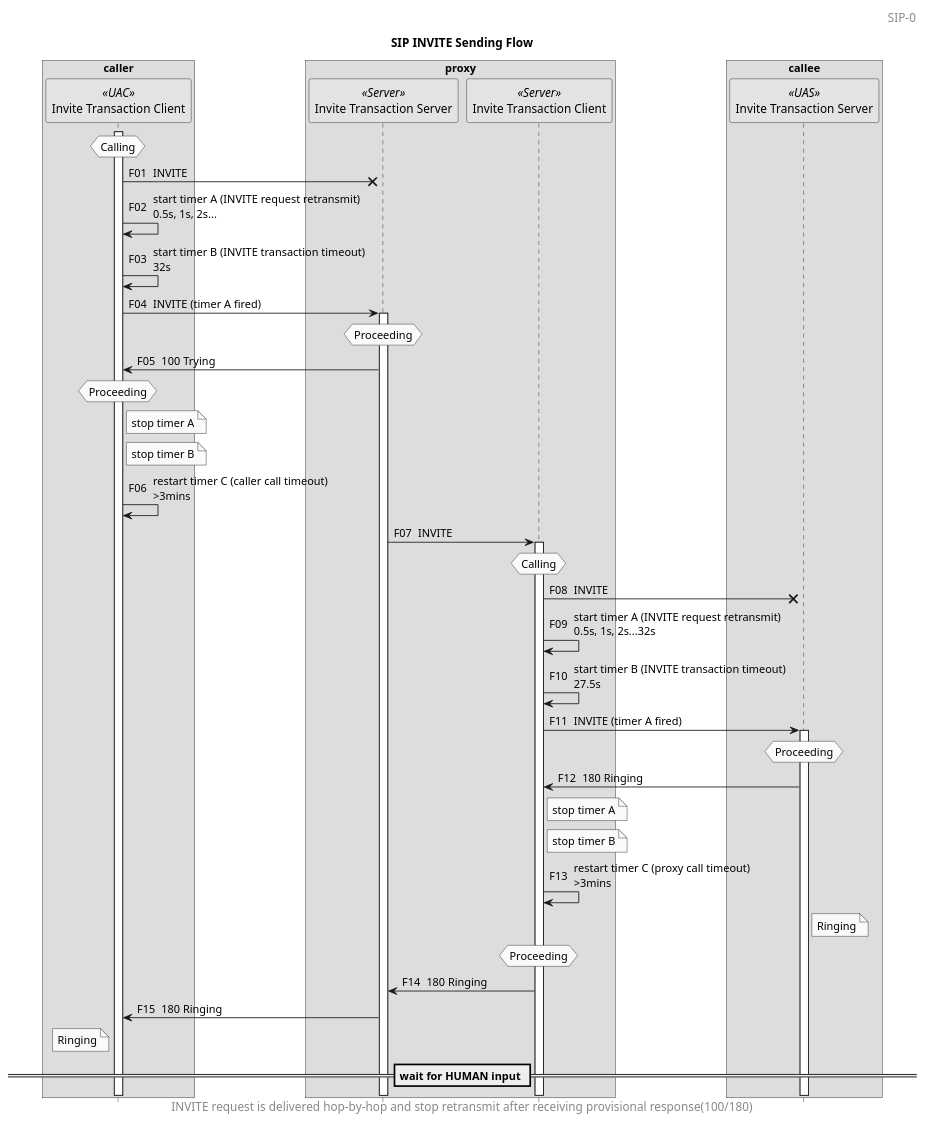
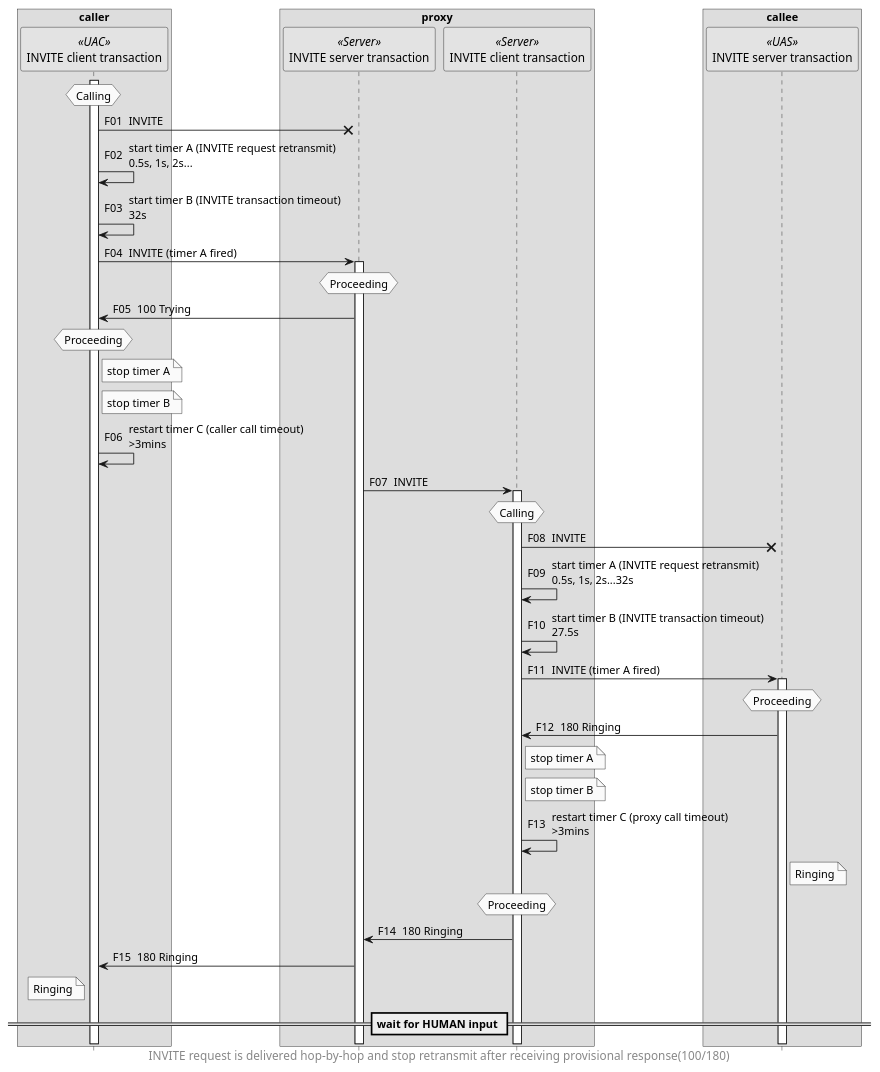
The diagram in sip/SIP-01-INVITE-Sending/sip_end_to_end_invite_sending_with_timer.puml (gongpengjun/code_diagrams), drawn with PlantUML before and after one commit. The commit also changed 7 other files, not shown here.

```diff
--- a/sip/SIP-01-INVITE-Sending/sip_end_to_end_invite_sending_with_timer.puml
+++ b/sip/SIP-01-INVITE-Sending/sip_end_to_end_invite_sending_with_timer.puml
@@ -1,67 +1,66 @@
 @startuml
-title SIP INVITE Sending Flow
+'title SIP INVITE Sending Flow
 
 skinparam monochrome true
 autonumber "F00 "
 hide footbox
-skinparam BoxPadding 40
+skinparam BoxPadding 10
 
 skinparam headerFontSize 14
 'skinparam headerFontColor red
-header SIP-0
+'header SIP-0
 
 box "caller"
-participant "Invite Transaction Client" as UAC_ITC << UAC >>
+participant "INVITE client transaction" as UAC_ITC << UAC >>
 end box
 
 box "proxy"
-participant "Invite Transaction Server" as Proxy_ITS << Server >>
-participant "Invite Transaction Client" as Proxy_ITC << Server >>
+participant "INVITE server transaction" as Proxy_ITS << Server >>
+participant "INVITE client transaction" as Proxy_ITC << Server >>
 end box
 
 box "callee"
-participant "Invite Transaction Server" as UAS_ITS << UAS >>
+participant "INVITE server transaction" as UAS_ITS << UAS >>
 end box
 
 'hnote over UAC_ITC: None
 activate UAC_ITC
 hnote over UAC_ITC: Calling
 UAC_ITC ->x Proxy_ITS: INVITE
 UAC_ITC -> UAC_ITC: start timer A (INVITE request retransmit)\n0.5s, 1s, 2s...
 UAC_ITC -> UAC_ITC: start timer B (INVITE transaction timeout)\n32s
 'hnote over Proxy_ITS: None
 UAC_ITC -> Proxy_ITS: INVITE (timer A fired)
 activate Proxy_ITS
 hnote over Proxy_ITS: Proceeding
 UAC_ITC <- Proxy_ITS: 100 Trying
 hnote over UAC_ITC: Proceeding
 note right of UAC_ITC: stop timer A
 note right of UAC_ITC: stop timer B
 UAC_ITC -> UAC_ITC: restart timer C (caller call timeout)\n>3mins
 'hnote over Proxy_ITC: None
 Proxy_ITS -> Proxy_ITC: INVITE
 activate Proxy_ITC
 hnote over Proxy_ITC: Calling
 Proxy_ITC ->x UAS_ITS: INVITE
 Proxy_ITC -> Proxy_ITC: start timer A (INVITE request retransmit)\n0.5s, 1s, 2s...32s
 Proxy_ITC -> Proxy_ITC: start timer B (INVITE transaction timeout)\n27.5s
 'hnote over UAS_ITS: None
 Proxy_ITC -> UAS_ITS: INVITE (timer A fired)
 activate UAS_ITS
 hnote over UAS_ITS: Proceeding
 Proxy_ITC <- UAS_ITS: 180 Ringing
 note right of Proxy_ITC: stop timer A
 note right of Proxy_ITC: stop timer B
 Proxy_ITC -> Proxy_ITC: restart timer C (proxy call timeout)\n>3mins
 note right of UAS_ITS: Ringing
 hnote over Proxy_ITC: Proceeding
 Proxy_ITS <- Proxy_ITC: 180 Ringing
 UAC_ITC <- Proxy_ITS: 180 Ringing
 note left of UAC_ITC: Ringing
 == wait for HUMAN input ==
 
 skinparam footerFontSize 14
-'skinparam footerFontColor red
 footer INVITE request is delivered hop-by-hop and stop retransmit after receiving provisional response(100/180)
 
 @enduml
```
